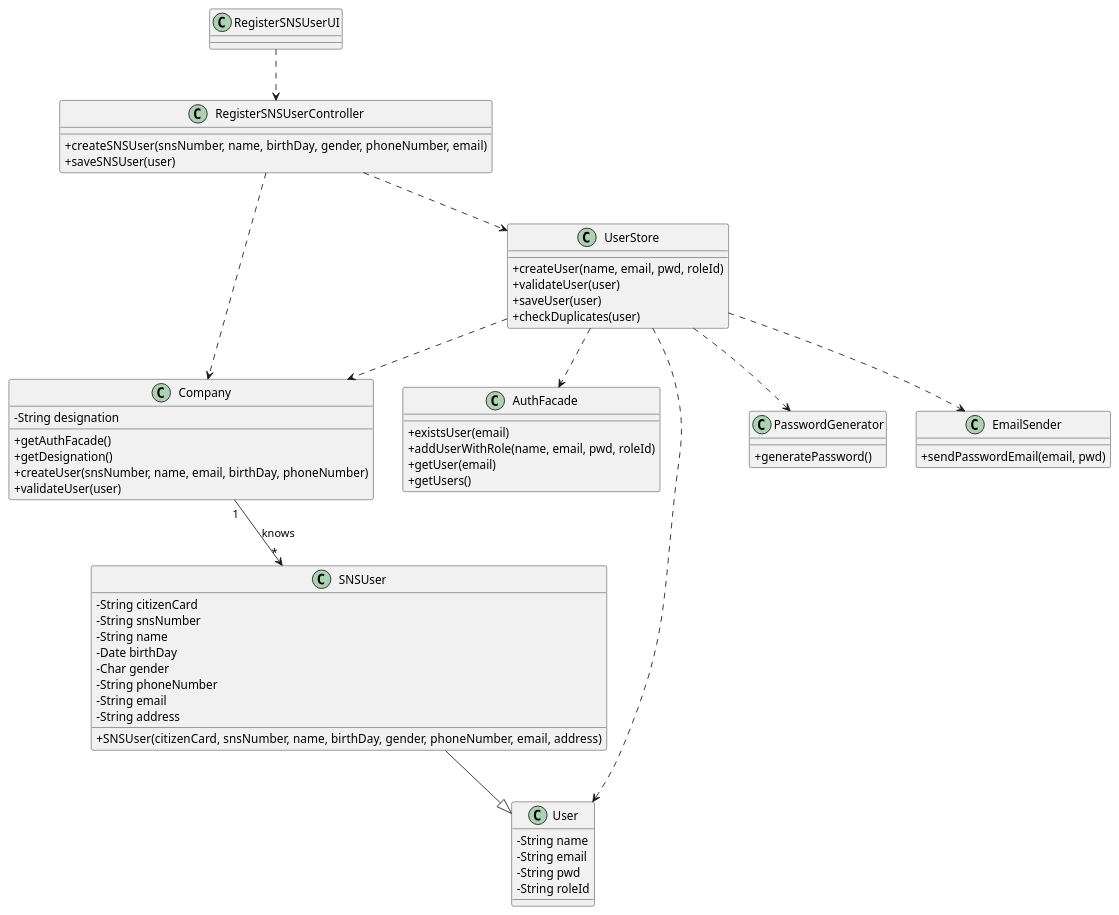
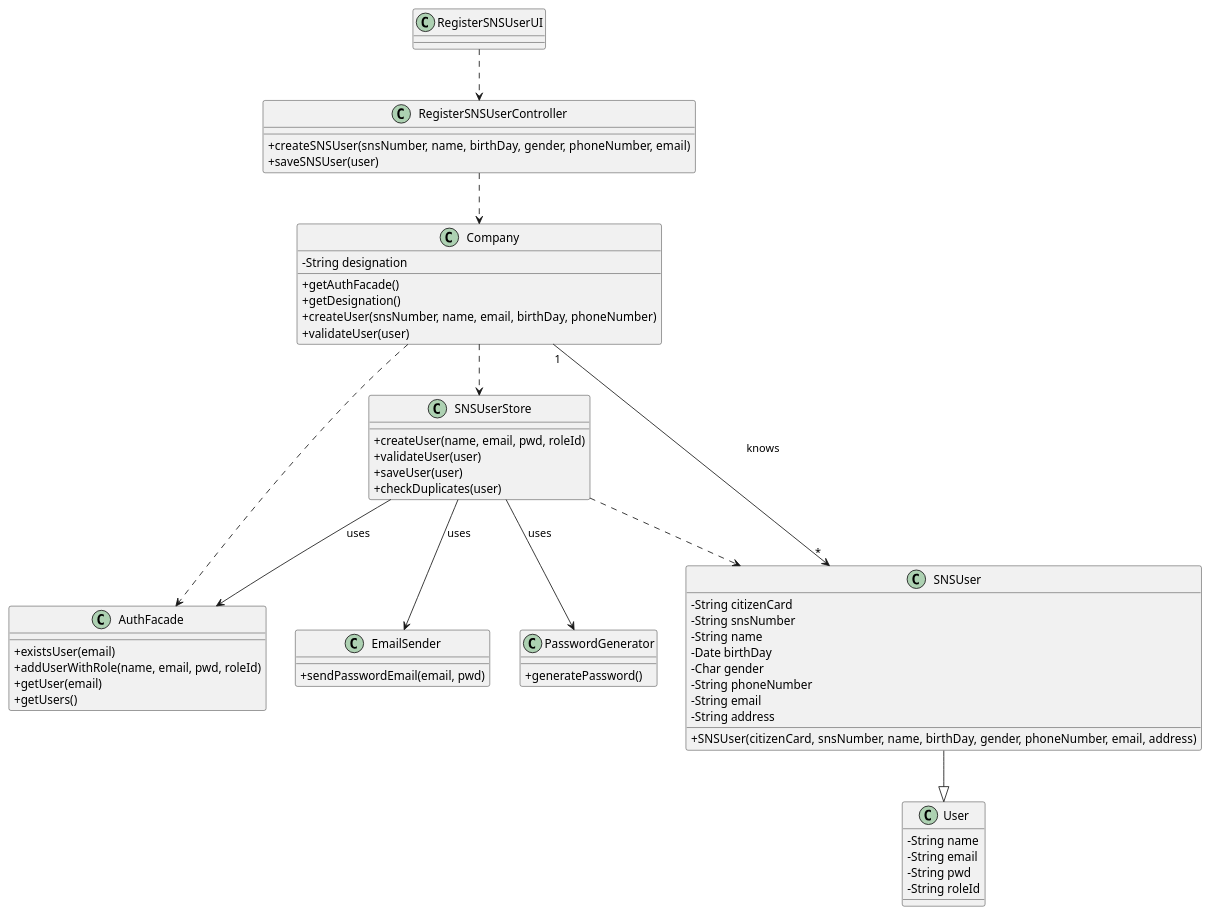
The diagram in docs/SprintB/US03/CD/US03_CD.puml (miseEnPlace-i/lapr2), drawn with PlantUML before and after one commit. The commit also changed 1 other file, not shown here.

```diff
--- a/docs/SprintB/US03/CD/US03_CD.puml
+++ b/docs/SprintB/US03/CD/US03_CD.puml
@@ -1,90 +1,76 @@
 @startuml Class Diagram
 skinparam classAttributeIconSize 0
-
-' class ApplicationPOT {
-'   + static getInstance()
-'   + getCurrentSession()
-' }
 
 class AuthFacade {
   + existsUser(email)
   + addUserWithRole(name, email, pwd, roleId)
   + getUser(email)
   + getUsers()
 }
 
 class Company {
   - String designation
   + getAuthFacade()
   + getDesignation()
   + createUser(snsNumber, name, email, birthDay, phoneNumber)
   + validateUser(user)
 }
-
-' class Receptionist { }
 
 class RegisterSNSUserController {
   + createSNSUser(snsNumber, name, birthDay, gender, phoneNumber, email)
   + saveSNSUser(user)
 }
 
 class RegisterSNSUserUI { }
 
 class SNSUser {
   - String citizenCard
   - String snsNumber
   - String name
   - Date birthDay
   - Char gender
   - String phoneNumber
   - String email
   - String address
   + SNSUser(citizenCard, snsNumber, name, birthDay, gender, phoneNumber, email, address)
 }
 
 class User {
   - String name
   - String email
   - String pwd
   - String roleId
 }
 
-class UserStore {
+class SNSUserStore {
   + createUser(name, email, pwd, roleId)
   + validateUser(user)
   + saveUser(user)
   + checkDuplicates(user)
 }
 
 class PasswordGenerator {
   + generatePassword()
 }
 
 class EmailSender {
   + sendPasswordEmail(email, pwd)
 }
 
 
-' AuthFacade ..> User
+Company ..> SNSUserStore
+Company ..> AuthFacade
+Company "1" --> "*" SNSUser : knows
 
-Company "1" --> "*" SNSUser : knows
-' Company ..> AuthFacade
-
-' RegisterSNSUserController ..> ApplicationPOT
 RegisterSNSUserController ..> Company
-' RegisterSNSUserController ..> Receptionist
-' RegisterSNSUserController ..> SNSUser
-RegisterSNSUserController ..> UserStore
-' RegisterSNSUserController ..> UserSession
 
 RegisterSNSUserUI ..> RegisterSNSUserController
 
 SNSUser --|> User
 
-UserStore ..> User
-UserStore ..> Company
-UserStore ..> AuthFacade
-UserStore ..> PasswordGenerator
-UserStore ..> EmailSender
+SNSUserStore --> AuthFacade : uses
+SNSUserStore --> PasswordGenerator : uses 
+SNSUserStore --> EmailSender : uses
+SNSUserStore ..> SNSUser
 
 @enduml
```
